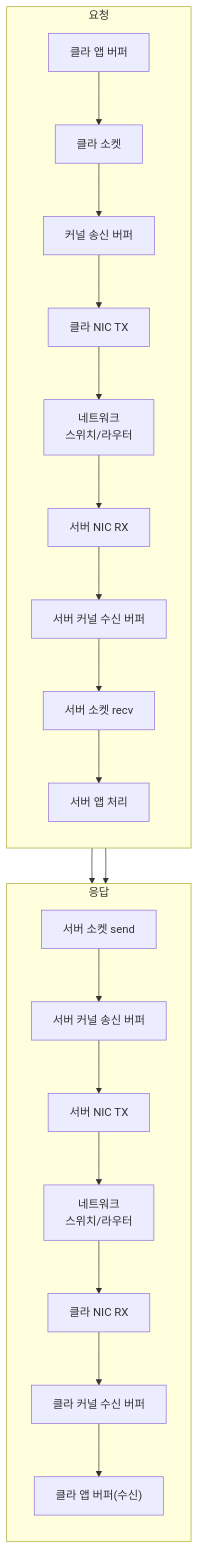
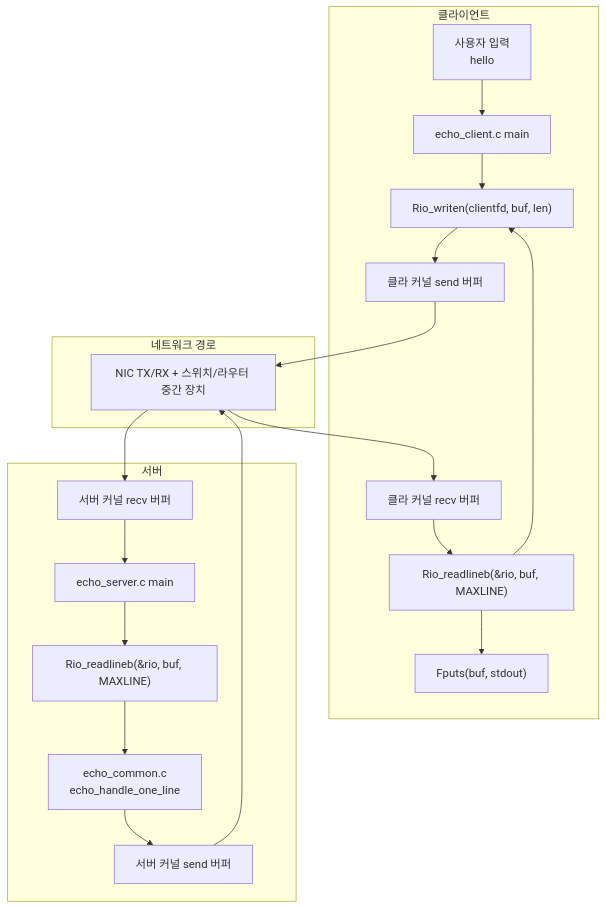
Before and after one commit to HyeYeonLee0112/SW-AI-W08-Webproxy-Lab: the first of 5 diagrams in docs/Study/클라이언트-서버 통신에서 데이터 이동 경로.md, drawn with Mermaid. The commit also changed other lines of this file and 1 other file, not shown here.

Commit message:
Refactor echo server implementation for clarity and maintainability

````diff
--- a/docs/Study/클라이언트-서버 통신에서 데이터 이동 경로.md
+++ b/docs/Study/클라이언트-서버 통신에서 데이터 이동 경로.md
@@ -18,27 +9,27 @@
 ```mermaid
-flowchart TB
-  subgraph request["요청"]
-    direction TB
-    CApp["클라 앱 버퍼"] --> CSo["클라 소켓"]
-    CSo --> CSend["커널 송신 버퍼"]
-    CSend --> CNicTx["클라 NIC TX"]
-    CNicTx --> Net1["네트워크<br/>스위치/라우터"]
-    Net1 --> SNicRx["서버 NIC RX"]
-    SNicRx --> SRecv["서버 커널 수신 버퍼"]
-    SRecv --> SSoRecv["서버 소켓 recv"]
-    SSoRecv --> SApp["서버 앱 처리"]
+flowchart TD
+  subgraph C["클라이언트"]
+    U["사용자 입력<br/>hello"]
+    CMain["echo_client.c main"]
+    CF1["Rio_writen(clientfd, buf, len)"]
+    Ck1["클라 커널 send 버퍼"]
+    Ck2["클라 커널 recv 버퍼"]
+    CR["Rio_readlineb(&rio, buf, MAXLINE)"]
+    COut["Fputs(buf, stdout)"]
   end
 
-  subgraph response["응답"]
-    direction TB
-    SApp --> SSoSend["서버 소켓 send"]
-    SSoSend --> SSend["서버 커널 송신 버퍼"]
-    SSend --> SNicTx["서버 NIC TX"]
-    SNicTx --> Net2["네트워크<br/>스위치/라우터"]
-    Net2 --> CNicRx["클라 NIC RX"]
-    CNicRx --> CRecv["클라 커널 수신 버퍼"]
-    CRecv --> CAppR["클라 앱 버퍼(수신)"]
+  subgraph Net["네트워크 경로"]
+    N["NIC TX/RX + 스위치/라우터 중간 장치"]
   end
 
-  SApp --> SSoSend
+  subgraph S["서버"]
+    SMain["echo_server.c main"]
+    SCommon["echo_common.c<br/>echo_handle_one_line"]
+    SRead["Rio_readlineb(&rio, buf, MAXLINE)"]
+    Sk1["서버 커널 recv 버퍼"]
+    Sk2["서버 커널 send 버퍼"]
+  end
+
+  U --> CMain --> CF1 --> Ck1 --> N --> Sk1 --> SMain --> SRead --> SCommon --> Sk2 --> N --> Ck2 --> CR --> COut
+  CR --> CF1
 ```
````
